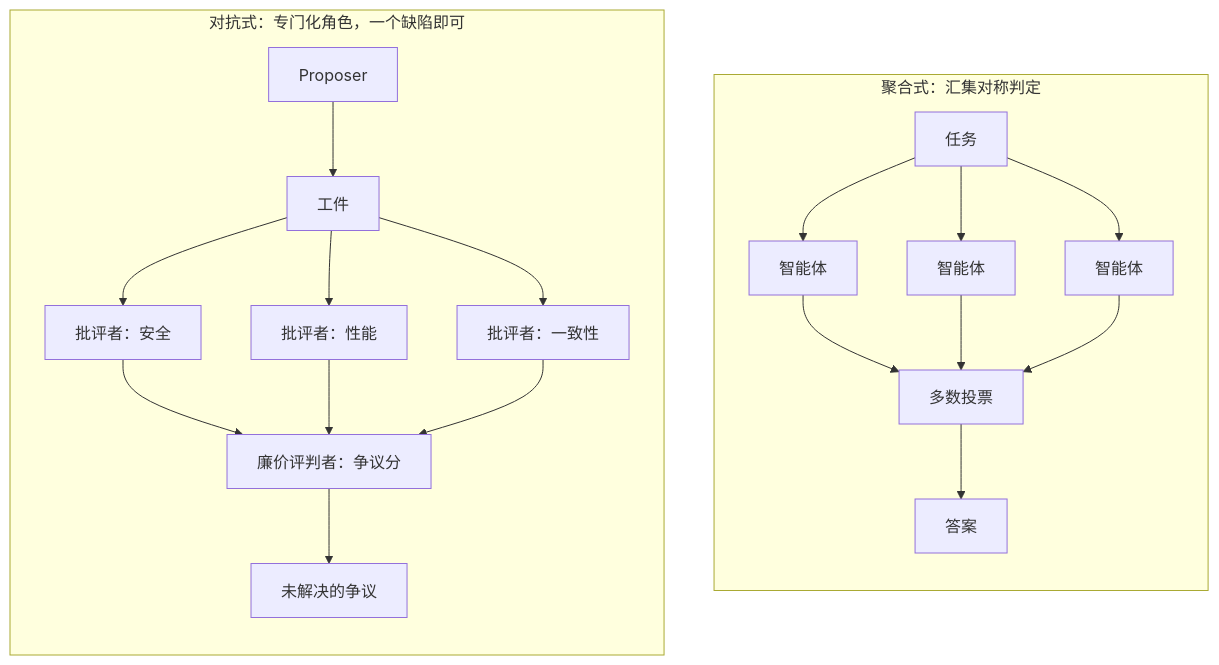
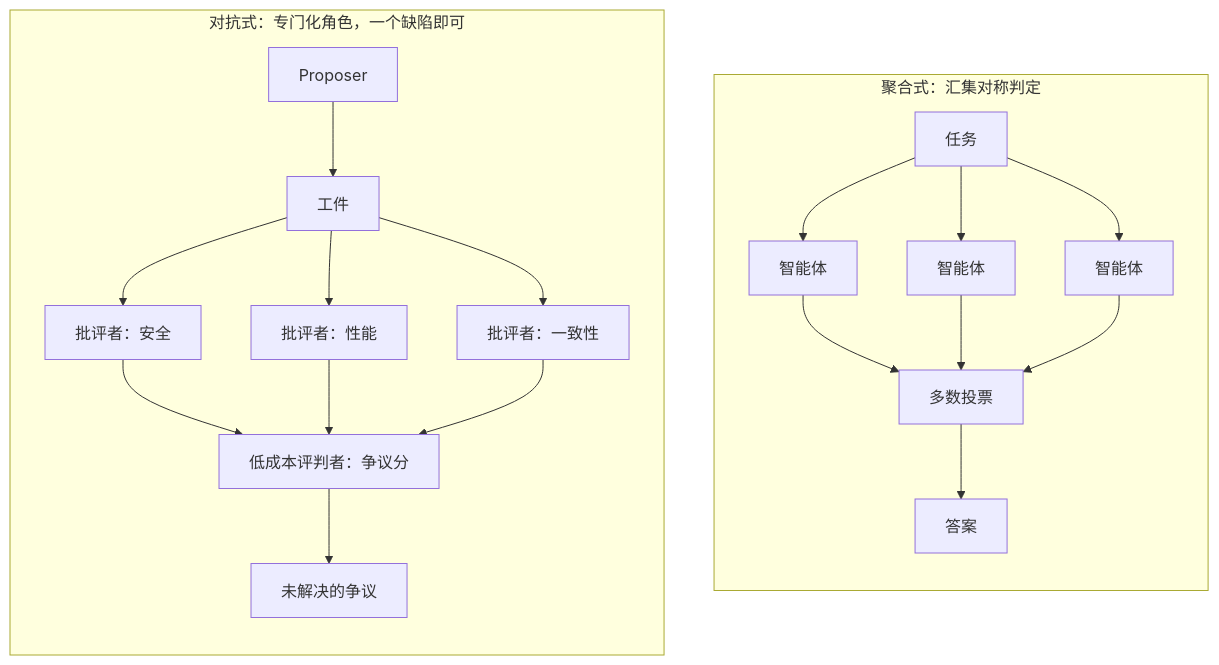
Before and after one commit to latere-ai/ai-as-an-infrastructure: the first of 3 diagrams in zh/orchestration/05-multi-agent-systems.qmd, drawn with Mermaid. The commit also changed other lines of this file and 27 other files, not shown here.

````diff
--- a/zh/orchestration/05-multi-agent-systems.qmd
+++ b/zh/orchestration/05-multi-agent-systems.qmd
@@ -73,22 +73,22 @@
 ```{mermaid}
 %%| label: fig-multi-agent-aggregational-adversarial
-%%| fig-cap: "多智能体的两种编排。聚合式汇集对称投票者并取多数，因此一个共享的失败模式会在投票中存活。对抗式验证给每位批评者分派一个不同的攻击轴，发现一个缺陷即可，廉价评判者只裁决有争议的那条主张。"
+%%| fig-cap: "多智能体的两种编排。聚合式汇集对称投票者并取多数，因此一个共享的失败模式会在投票中存活。对抗式验证给每位批评者分派一个不同的攻击轴，发现一个缺陷即可，低成本评判者只裁决有争议的那条主张。"
 flowchart TB
   subgraph AGG["聚合式：汇集对称判定"]
     direction TB
     P0[任务] --> V1[智能体] --> M[多数投票] --> O1[答案]
     P0 --> V2[智能体] --> M
     P0 --> V3[智能体] --> M
   end
   subgraph ADV["对抗式：专门化角色，一个缺陷即可"]
     direction TB
     PR[Proposer] --> AR[工件]
     AR --> C1["批评者：安全"]
     AR --> C2["批评者：性能"]
     AR --> C3["批评者：一致性"]
-    C1 --> J["廉价评判者：争议分"]
+    C1 --> J["低成本评判者：争议分"]
     C2 --> J
     C3 --> J
     J --> O2[未解决的争议]
   end
 ```
````
